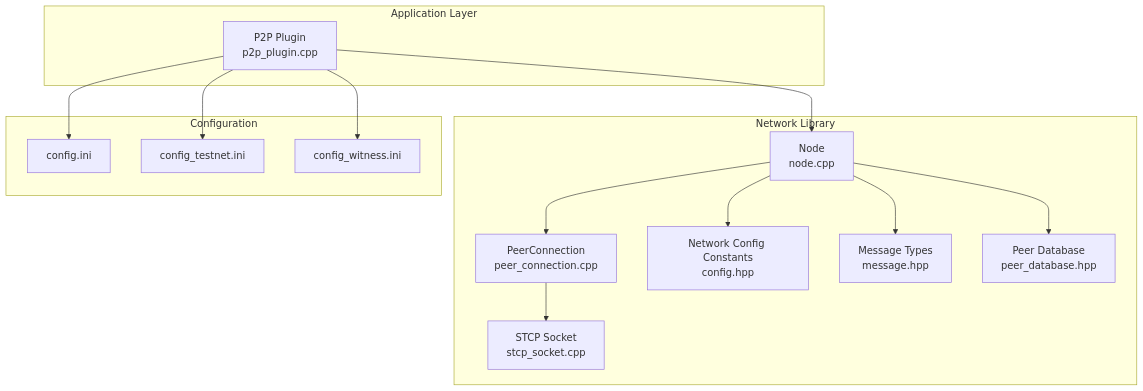
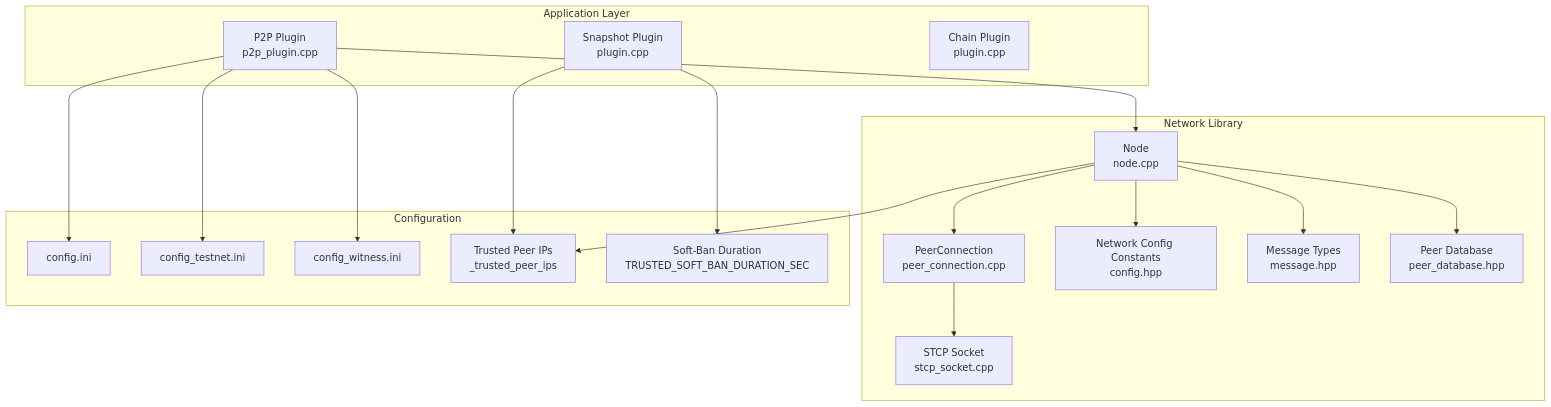
One commit to VIZ-Blockchain/viz-cpp-node changed the first of 8 diagrams in .qoder/repowiki/en/content/Configuration Management/Network Configuration.md. Above: the diagram before and after it, drawn with Mermaid. The commit also changed other lines of this file and 4 other files, not shown here.

First line of the commit message:
docs(snapshot): update snapshot config with default dir and trusted peers

````diff
--- a/.qoder/repowiki/en/content/Configuration Management/Network Configuration.md
+++ b/.qoder/repowiki/en/content/Configuration Management/Network Configuration.md
@@ -45,28 +49,35 @@
 ```mermaid
 graph TB
 subgraph "Application Layer"
 P2PPlugin["P2P Plugin<br/>p2p_plugin.cpp"]
+SnapshotPlugin["Snapshot Plugin<br/>plugin.cpp"]
+ChainPlugin["Chain Plugin<br/>plugin.cpp"]
 end
 subgraph "Network Library"
 Node["Node<br/>node.cpp"]
 PeerConn["PeerConnection<br/>peer_connection.cpp"]
 STCP["STCP Socket<br/>stcp_socket.cpp"]
 Config["Network Config Constants<br/>config.hpp"]
 Msg["Message Types<br/>message.hpp"]
 PeerDB["Peer Database<br/>peer_database.hpp"]
 end
 subgraph "Configuration"
 CfgIni["config.ini"]
 TestCfg["config_testnet.ini"]
 WitCfg["config_witness.ini"]
+TrustedPeers["Trusted Peer IPs<br/>_trusted_peer_ips"]
+SoftBan["Soft-Ban Duration<br/>TRUSTED_SOFT_BAN_DURATION_SEC"]
 end
 P2PPlugin --> Node
 Node --> PeerConn
 PeerConn --> STCP
 Node --> Config
 Node --> Msg
 Node --> PeerDB
 P2PPlugin --> CfgIni
 P2PPlugin --> TestCfg
 P2PPlugin --> WitCfg
+SnapshotPlugin --> TrustedPeers
+SnapshotPlugin --> SoftBan
+Node --> TrustedPeers
 ```
````
